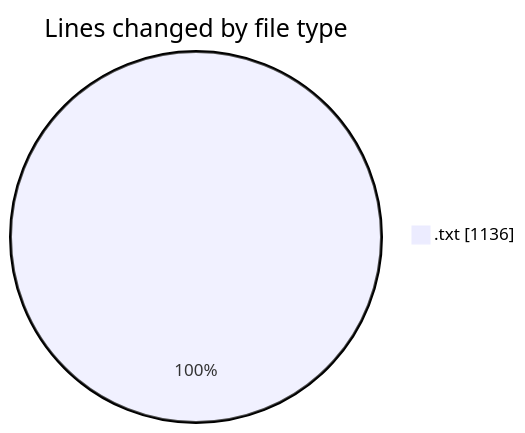
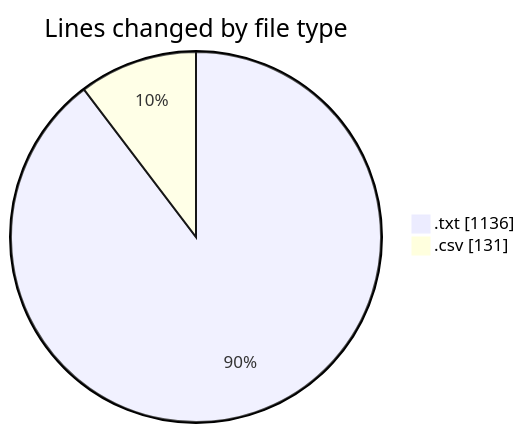
One commit to ricardozamudiocil/code-tracking changed the first of 2 diagrams in 2026-11-05/cilapp/README.md. Above: the diagram before and after it, drawn with Mermaid. The commit also changed other lines of this file and 1 other file, not shown here.

````diff
--- a/2026-11-05/cilapp/README.md
+++ b/2026-11-05/cilapp/README.md
@@ -20,5 +21,6 @@
 ```mermaid
 pie showData
 title Lines changed by file type
 ".txt" : 1136
+".csv" : 131
 ```
````
